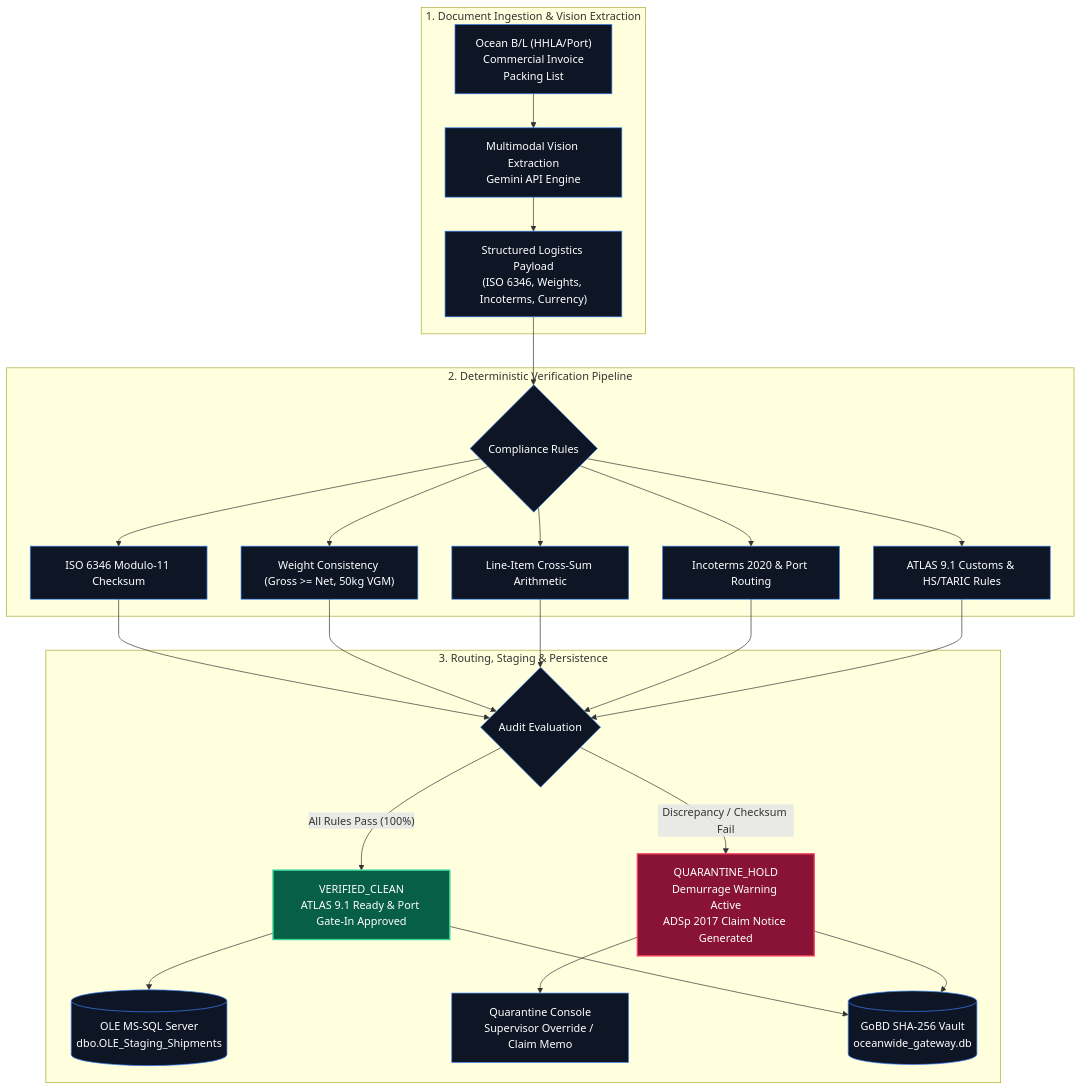
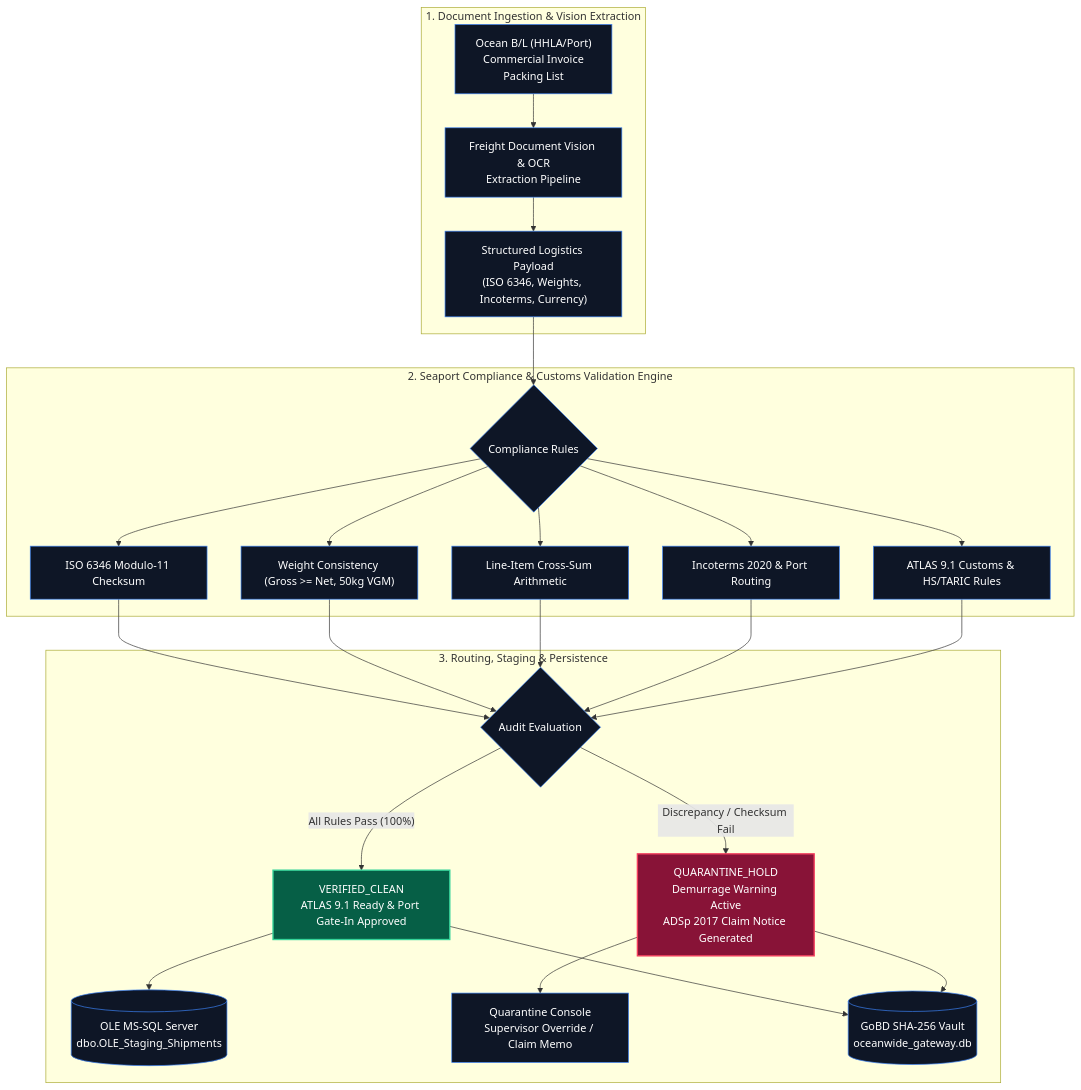
Before and after one commit to AllenFletcherAI/Oceanwide-Gateway: the diagram in README.md, drawn with Mermaid. The commit also changed other lines of this file and 4 other files, not shown here.

````diff
--- a/README.md
+++ b/README.md
@@ -41,37 +41,37 @@
 ```mermaid
 flowchart TD
     subgraph INTAKE["1. Document Ingestion & Vision Extraction"]
-        A["Ocean B/L (HHLA/Port)<br/>Commercial Invoice<br/>Packing List"] --> B["Multimodal Vision Extraction<br/>Gemini API Engine"]
+        A["Ocean B/L (HHLA/Port)<br/>Commercial Invoice<br/>Packing List"] --> B["Freight Document Vision & OCR<br/>Extraction Pipeline"]
         B --> C["Structured Logistics Payload<br/>(ISO 6346, Weights, Incoterms, Currency)"]
     end
 
-    subgraph VALIDATION["2. Deterministic Verification Pipeline"]
+    subgraph VALIDATION["2. Seaport Compliance & Customs Validation Engine"]
         C --> D{"Compliance Rules"}
         D --> D1["ISO 6346 Modulo-11 Checksum"]
         D --> D2["Weight Consistency (Gross >= Net, 50kg VGM)"]
         D --> D3["Line-Item Cross-Sum Arithmetic"]
         D --> D4["Incoterms 2020 & Port Routing"]
         D --> D5["ATLAS 9.1 Customs & HS/TARIC Rules"]
     end
 
     subgraph DISPATCH["3. Routing, Staging & Persistence"]
         D1 --> DECISION{"Audit Evaluation"}
         D2 --> DECISION
         D3 --> DECISION
         D4 --> DECISION
         D5 --> DECISION
         DECISION -->|"All Rules Pass (100%)"| E["VERIFIED_CLEAN<br/>ATLAS 9.1 Ready & Port Gate-In Approved"]
         DECISION -->|"Discrepancy / Checksum Fail"| F["QUARANTINE_HOLD<br/>Demurrage Warning Active<br/>ADSp 2017 Claim Notice Generated"]
         E --> G[("OLE MS-SQL Server<br/>dbo.OLE_Staging_Shipments")]
         F --> H["Quarantine Console<br/>Supervisor Override / Claim Memo"]
         E --> I[("GoBD SHA-256 Vault<br/>oceanwide_gateway.db")]
         F --> I
     end
 
     classDef clean fill:#065f46,stroke:#34d399,stroke-width:2px,color:#fff;
     classDef hold fill:#881337,stroke:#f43f5e,stroke-width:2px,color:#fff;
     classDef core fill:#0e1626,stroke:#3b82f6,stroke-width:1px,color:#fff;
     class E clean;
     class F hold;
     class A,B,C,D,D1,D2,D3,D4,D5,DECISION,G,H,I core;
 ```
````
